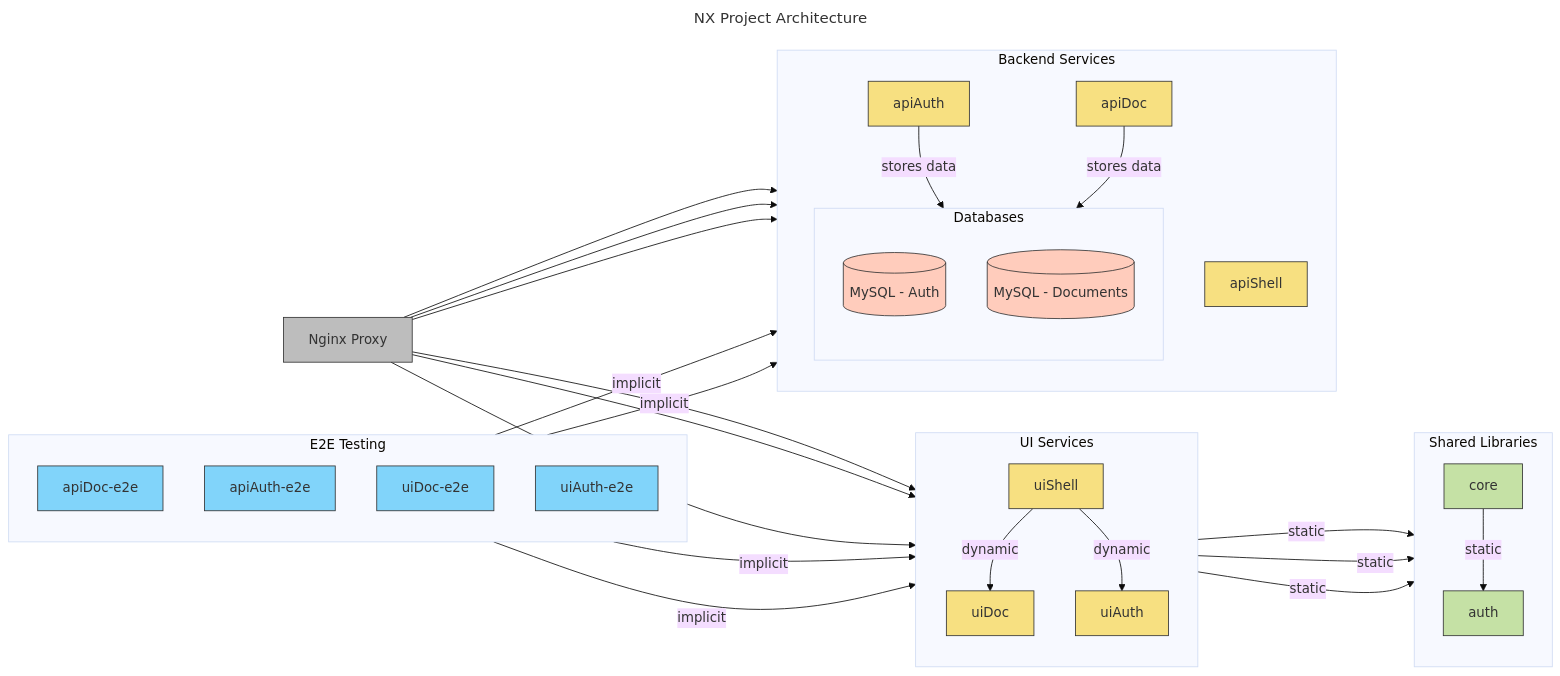
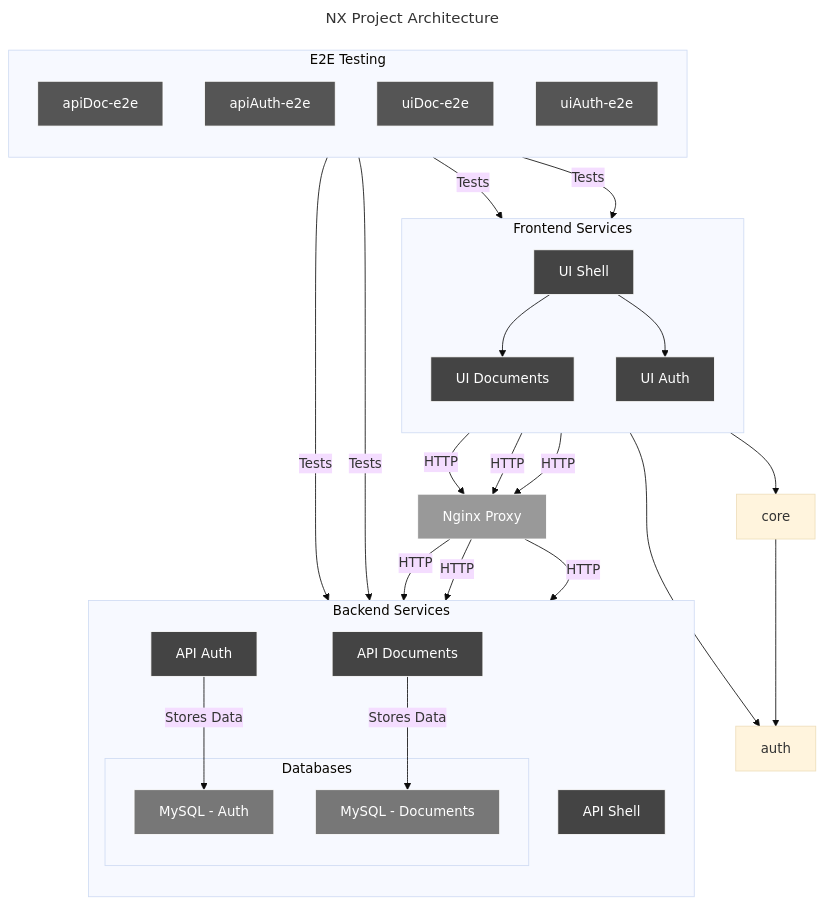
The diagram in README.md (WeslleyDeSouza/PapyrusRoll), drawn with Mermaid (base theme) before and after one commit.

````diff
--- a/README.md
+++ b/README.md
@@ -10,70 +10,67 @@
 ```mermaid
 ---
 title: NX Project Architecture
 ---
-flowchart LR
-%% defining styles
-    classDef app fill:#f7e081,stroke:#333,stroke-width:1px
-    classDef e2e fill:#81d4fa,stroke:#333,stroke-width:1px
-    classDef lib fill:#c5e1a5,stroke:#333,stroke-width:1px
-    classDef db fill:#ffccbc,stroke:#333,stroke-width:1px
-    classDef proxy fill:#bdbdbd,stroke:#333,stroke-width:1px
+flowchart TD
 
-%% defining entities
-    nginx[Nginx Proxy]:::proxy
+%% Styles
+    classDef app fill:#2c2c2c,stroke:#fff,stroke-width:1px,color:#fff
+    classDef service fill:#444,stroke:#fff,stroke-width:1px,color:#fff
+    classDef db fill:#777,stroke:#fff,stroke-width:1px,color:#fff
+    classDef proxy fill:#999,stroke:#fff,stroke-width:1px,color:#fff
+    classDef e2e fill:#555,stroke:#fff,stroke-width:1px,color:#fff
 
-    subgraph UI [UI Services]
+%% Defining Entities
+    subgraph "Frontend Services"
         direction TB
-        uiShell[uiShell]:::app
-        uiDoc[uiDoc]:::app
-        uiAuth[uiAuth]:::app
+        uiShell["UI Shell"]:::service
+        uiDoc["UI Documents"]:::service
+        uiAuth["UI Auth"]:::service
     end
 
-    subgraph Backend [Backend Services]
+    subgraph "Backend Services"
         direction TB
-        apiShell[apiShell]:::app
-        apiDoc[apiDoc]:::app
-        apiAuth[apiAuth]:::app
-        
-        subgraph Databases [Databases]
-            direction TB
-            mysqlAuth[(MySQL - Auth)]:::db
-            mysqlDoc[(MySQL - Documents)]:::db
+        apiShell["API Shell"]:::service
+        apiDoc["API Documents"]:::service
+        apiAuth["API Auth"]:::service
+        subgraph "Databases"
+            mysqlAuth["MySQL - Auth"]:::db
+            mysqlDoc["MySQL - Documents"]:::db
         end
     end
 
-    subgraph Libraries [Shared Libraries]
+    nginx["Nginx Proxy"]:::proxy
+
+    subgraph "E2E Testing"
         direction TB
-        auth[auth]:::lib
-        core[core]:::lib
+        apiDocE2E["apiDoc-e2e"]:::e2e
+        apiAuthE2E["apiAuth-e2e"]:::e2e
+        uiDocE2E["uiDoc-e2e"]:::e2e
+        uiAuthE2E["uiAuth-e2e"]:::e2e
     end
 
-    subgraph E2E Tests [E2E Testing]
-        direction TB
-        apiDocE2E[apiDoc-e2e]:::e2e
-        apiAuthE2E[apiAuth-e2e]:::e2e
-        uiDocE2E[uiDoc-e2e]:::e2e
-        uiAuthE2E[uiAuth-e2e]:::e2e
-    end
+%% Defining Dependencies
+    uiShell -->|HTTP| nginx
+    uiDoc -->|HTTP| nginx
+    uiAuth -->|HTTP| nginx
 
-%% defining dependencies
-    nginx --> uiShell & uiDoc & uiAuth
-    nginx --> apiShell & apiDoc & apiAuth
-    
-    uiAuth -->|static| auth
-    uiShell -->|static| core
-    uiShell -->|static| auth
-    uiShell -->|dynamic| uiDoc
-    uiShell -->|dynamic| uiAuth
+    nginx -->|HTTP| apiShell
+    nginx -->|HTTP| apiDoc
+    nginx -->|HTTP| apiAuth
 
-    core -->|static| auth
+    apiAuth -->|Stores Data| mysqlAuth
+    apiDoc -->|Stores Data| mysqlDoc
 
-    apiAuth -->|stores data| mysqlAuth
-    apiDoc -->|stores data| mysqlDoc
+    uiAuth --> auth
+    uiShell --> core
+    uiShell --> uiDoc
+    uiShell --> uiAuth
 
-    apiDocE2E -->|implicit| apiDoc
-    apiAuthE2E -->|implicit| apiAuth
-    uiDocE2E -->|implicit| uiDoc
-    uiAuthE2E -->|implicit| uiAuth
+    core --> auth
+
+    apiDocE2E -->|Tests| apiDoc
+    apiAuthE2E -->|Tests| apiAuth
+    uiDocE2E -->|Tests| uiDoc
+    uiAuthE2E -->|Tests| uiAuth
  
 ```
````
